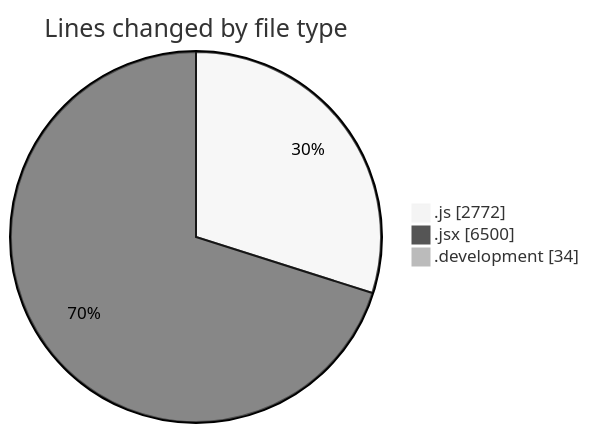
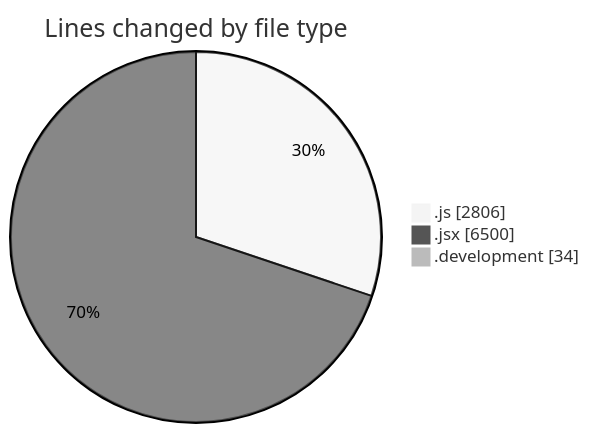
One commit to nxtqubesakshisongat/code-tracking changed the first of 2 diagrams in 2025-09-18/nxtqube_webapp/README.md. Above: the diagram before and after it, drawn with Mermaid (neutral theme). The commit also changed other lines of this file and 1 other file, not shown here.

````diff
--- a/2025-09-18/nxtqube_webapp/README.md
+++ b/2025-09-18/nxtqube_webapp/README.md
@@ -42,7 +42,7 @@
 ```mermaid
 pie showData
 title Lines changed by file type
-".js" : 2772
+".js" : 2806
 ".jsx" : 6500
 ".development" : 34
 ```
````
